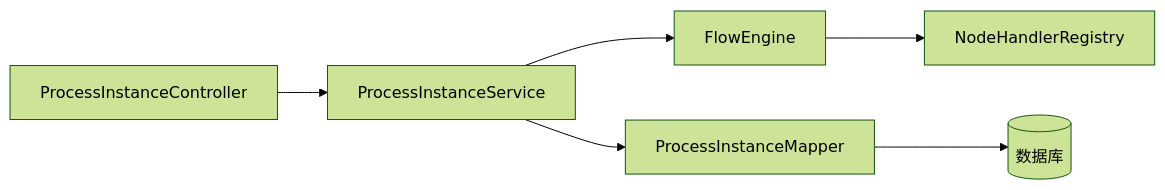
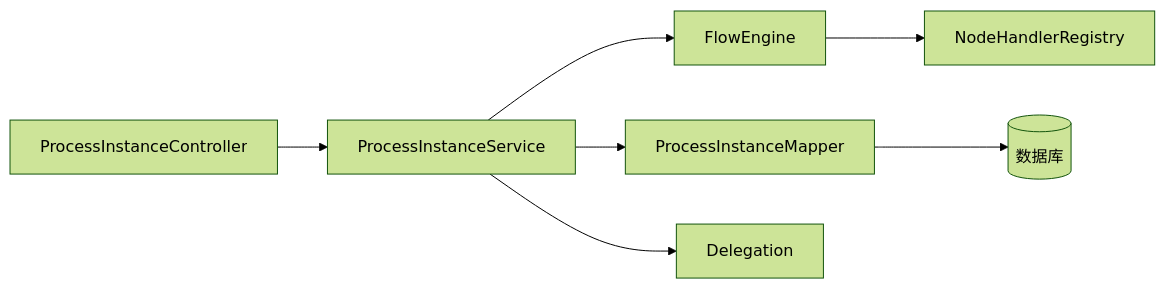
One commit to liming-lihaini/workflow changed the tenth of 10 diagrams in .qoder/repowiki/zh/content/流程执行引擎/流程实例管理.md. Above: the diagram before and after it, drawn with Mermaid (forest theme). The commit also changed other lines of this file and 27 other files, not shown here.

````diff
--- a/.qoder/repowiki/zh/content/流程执行引擎/流程实例管理.md
+++ b/.qoder/repowiki/zh/content/流程执行引擎/流程实例管理.md
@@ -383,8 +438,9 @@
 ```mermaid
 graph LR
 Controller["ProcessInstanceController"] --> Service["ProcessInstanceService"]
 Service --> Engine["FlowEngine"]
 Service --> Mapper["ProcessInstanceMapper"]
+Service --> Delegation["Delegation"]
 Engine --> Registry["NodeHandlerRegistry"]
 Mapper --> DB[("数据库")]
 ```
````
